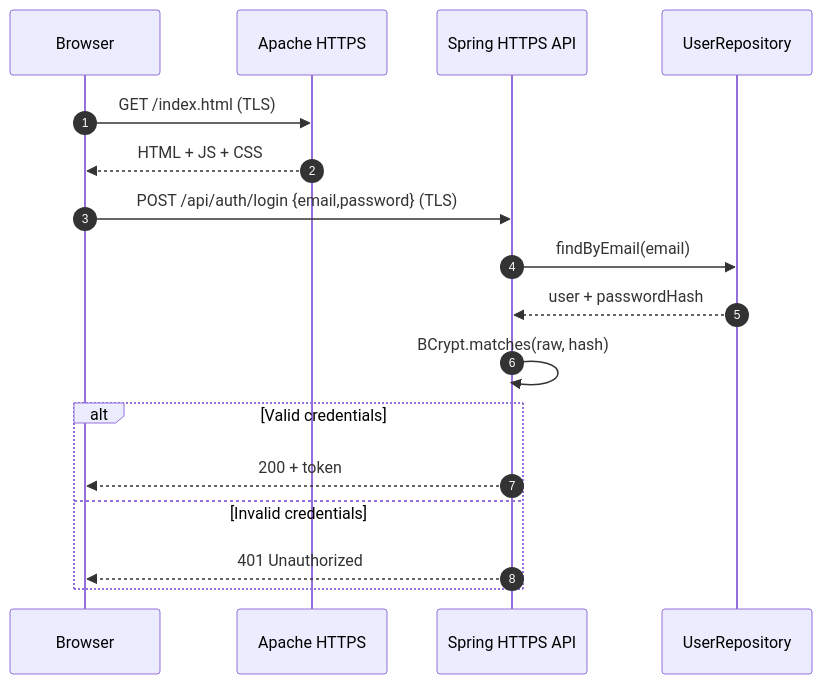
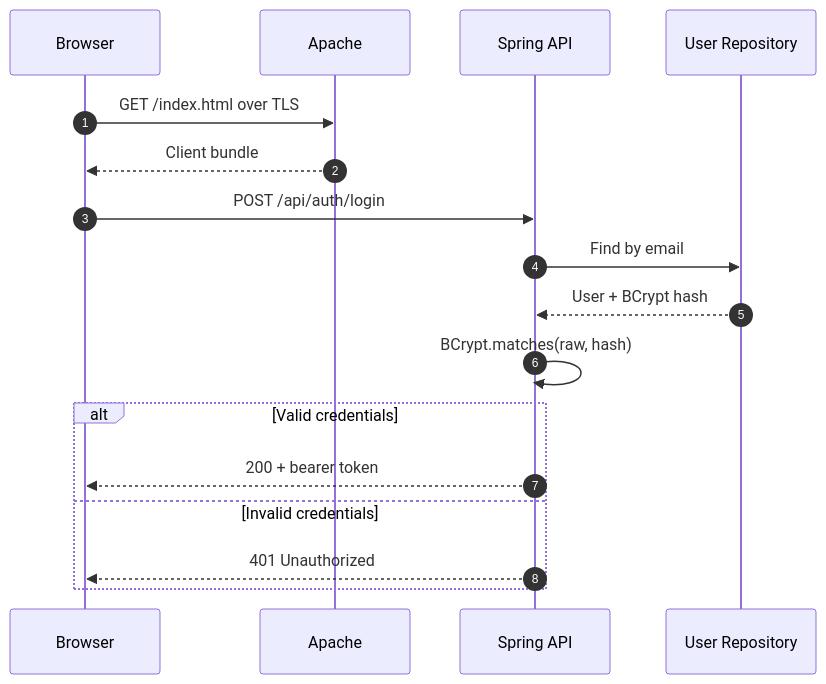
Before and after one commit to AnderssonProgramming/secure-application-design: the third of 3 diagrams in README.md, drawn with Mermaid. The commit also changed other lines of this file and 6 other files, not shown here.

````diff
--- a/README.md
+++ b/README.md
@@ -124,20 +77,20 @@
 ```mermaid
 sequenceDiagram
     autonumber
     participant B as Browser
-    participant A as Apache HTTPS
-    participant S as Spring HTTPS API
-    participant R as UserRepository
+    participant A as Apache
+    participant S as Spring API
+    participant R as User Repository
 
-    B->>A: GET /index.html (TLS)
-    A-->>B: HTML + JS + CSS
-    B->>S: POST /api/auth/login {email,password} (TLS)
-    S->>R: findByEmail(email)
-    R-->>S: user + passwordHash
+    B->>A: GET /index.html over TLS
+    A-->>B: Client bundle
+    B->>S: POST /api/auth/login
+    S->>R: Find by email
+    R-->>S: User + BCrypt hash
     S->>S: BCrypt.matches(raw, hash)
     alt Valid credentials
-        S-->>B: 200 + token
+        S-->>B: 200 + bearer token
     else Invalid credentials
         S-->>B: 401 Unauthorized
     end
 ```
````
